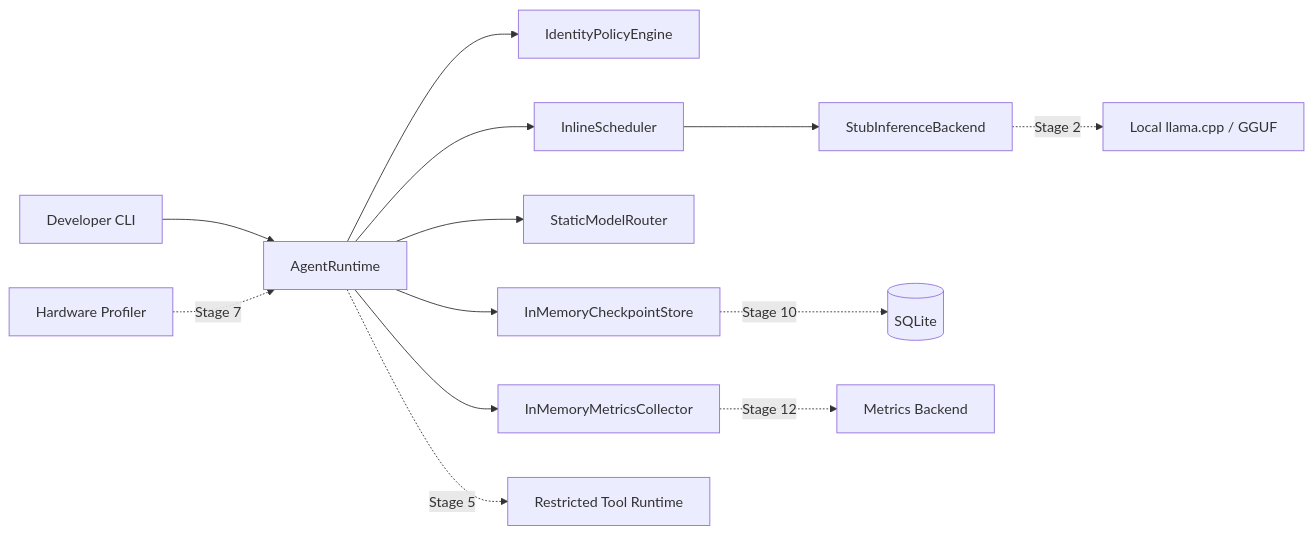
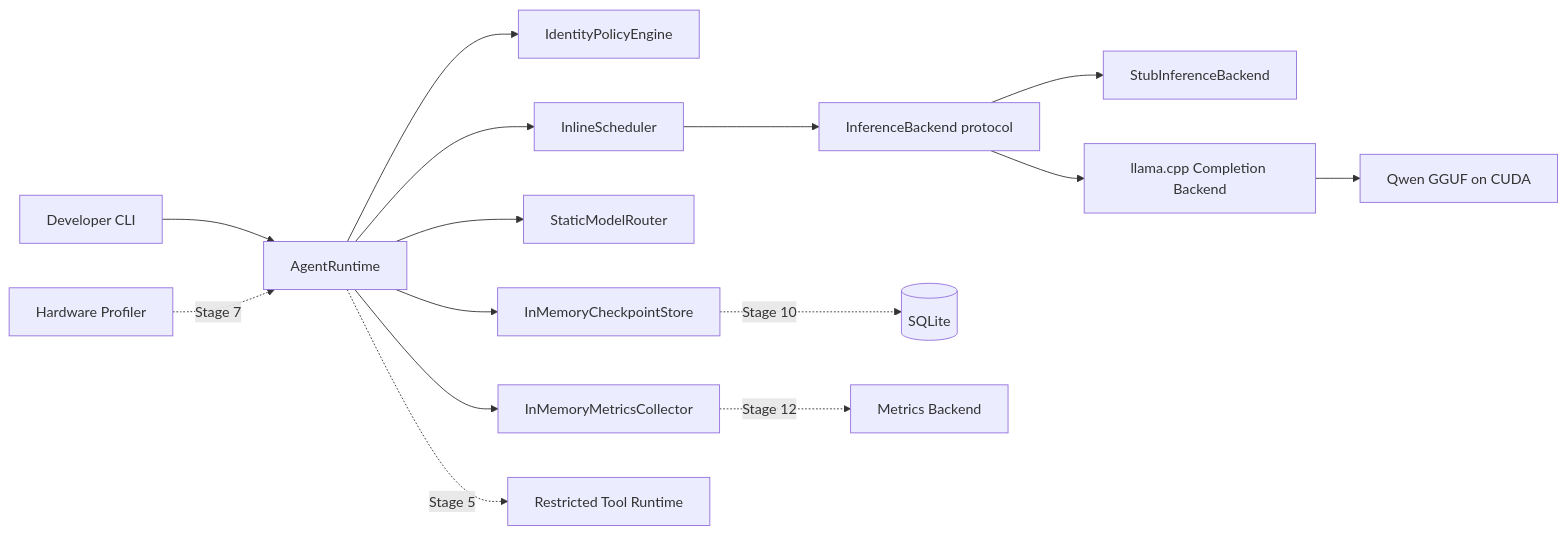
One commit to kunalvaghani/Local-AI-System-Lab changed the diagram in docs/architecture.md. Above: the diagram before and after it, drawn with Mermaid. The commit also changed other lines of this file and 32 other files, not shown here.

````diff
--- a/docs/architecture.md
+++ b/docs/architecture.md
@@ -11,15 +10,17 @@
 ```mermaid
 flowchart LR
     C[Developer CLI] --> R[AgentRuntime]
     R --> P[IdentityPolicyEngine]
     R --> S[InlineScheduler]
     R --> M[StaticModelRouter]
-    S --> I[StubInferenceBackend]
+    S --> I[InferenceBackend protocol]
+    I --> U[StubInferenceBackend]
+    I --> L[llama.cpp Completion Backend]
     R --> K[InMemoryCheckpointStore]
     R --> E[InMemoryMetricsCollector]
-    I -. Stage 2 .-> L[Local llama.cpp / GGUF]
+    L --> G[Qwen GGUF on CUDA]
     R -. Stage 5 .-> T[Restricted Tool Runtime]
     K -. Stage 10 .-> D[(SQLite)]
     E -. Stage 12 .-> O[Metrics Backend]
     H[Hardware Profiler] -. Stage 7 .-> R
 ```
````
